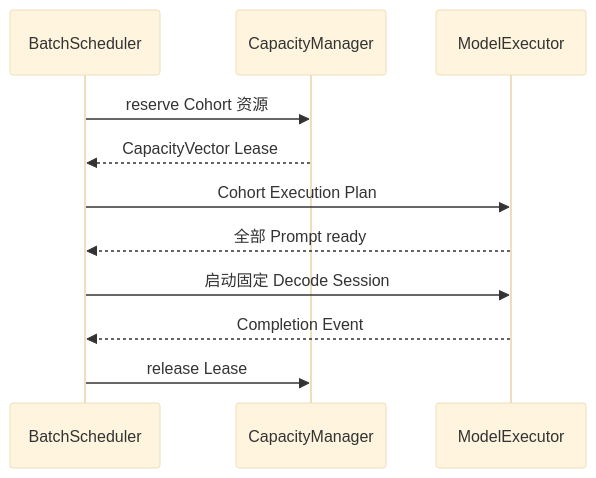
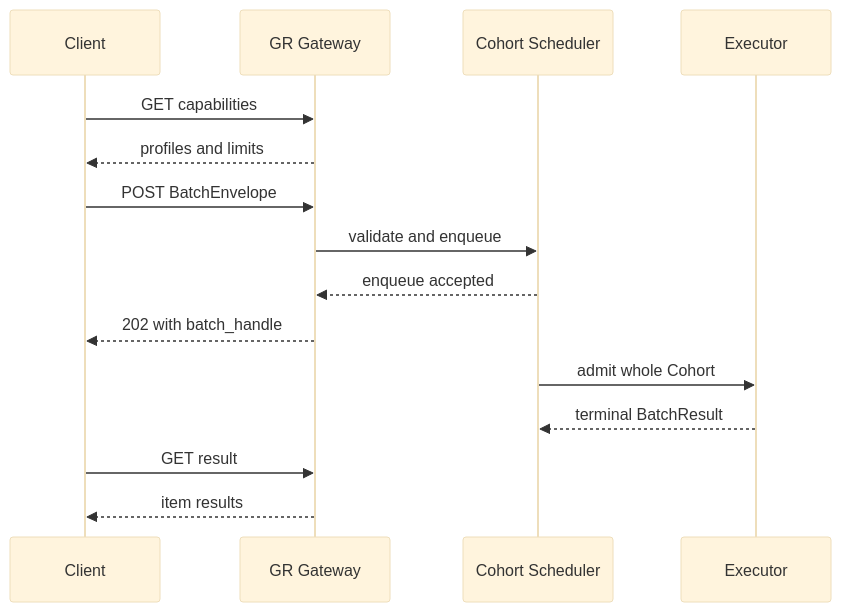
One commit to zhanghanleo10/gr-related changed diagram 12 of 13 in GR/nearline_batch_scheduler_and_input_protocol_design.md. Above: the diagram before and after it, drawn with Mermaid (base theme). The commit also changed other lines of this file, not shown here.

Commit message:
Reorganize scheduler analysis around vLLM NVIDIA and xLLM

````diff
--- a/GR/nearline_batch_scheduler_and_input_protocol_design.md
+++ b/GR/nearline_batch_scheduler_and_input_protocol_design.md
@@ -973,14 +583,17 @@
 ```mermaid
 sequenceDiagram
-    participant S as BatchScheduler
-    participant C as CapacityManager
-    participant E as ModelExecutor
-
-    S->>C: reserve Cohort 资源
-    C-->>S: CapacityVector Lease
-    S->>E: Cohort Execution Plan
-    E-->>S: 全部 Prompt ready
-    S->>E: 启动固定 Decode Session
-    E-->>S: Completion Event
-    S->>C: release Lease
+    participant C as Client
+    participant G as GR Gateway
+    participant S as Cohort Scheduler
+    participant E as Executor
+    C->>G: GET capabilities
+    G-->>C: profiles and limits
+    C->>G: POST BatchEnvelope
+    G->>S: validate and enqueue
+    S-->>G: enqueue accepted
+    G-->>C: 202 with batch_handle
+    S->>E: admit whole Cohort
+    E-->>S: terminal BatchResult
+    C->>G: GET result
+    G-->>C: item results
 ```
````
